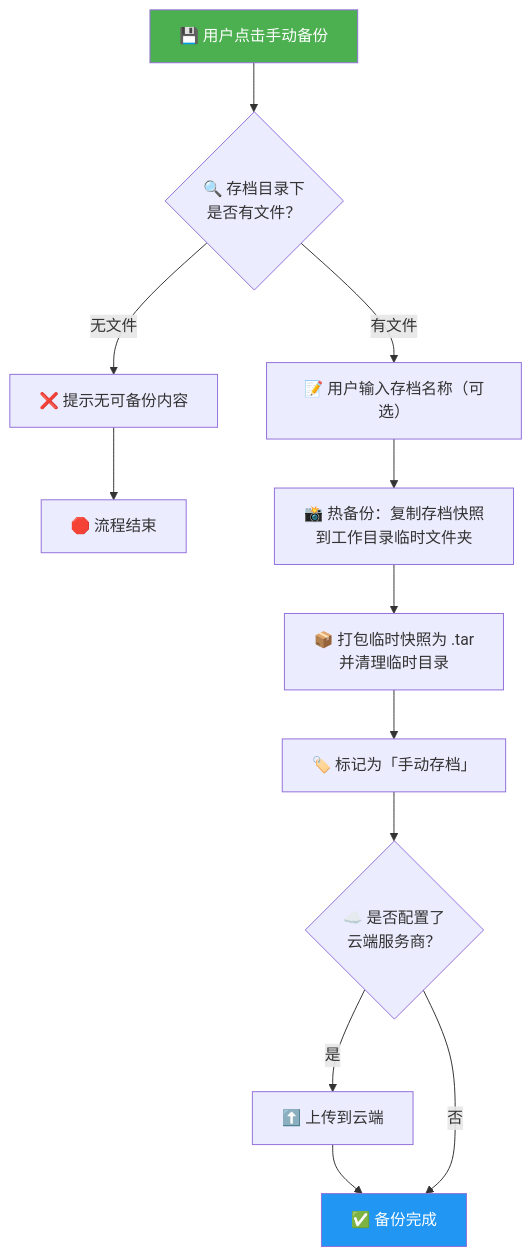
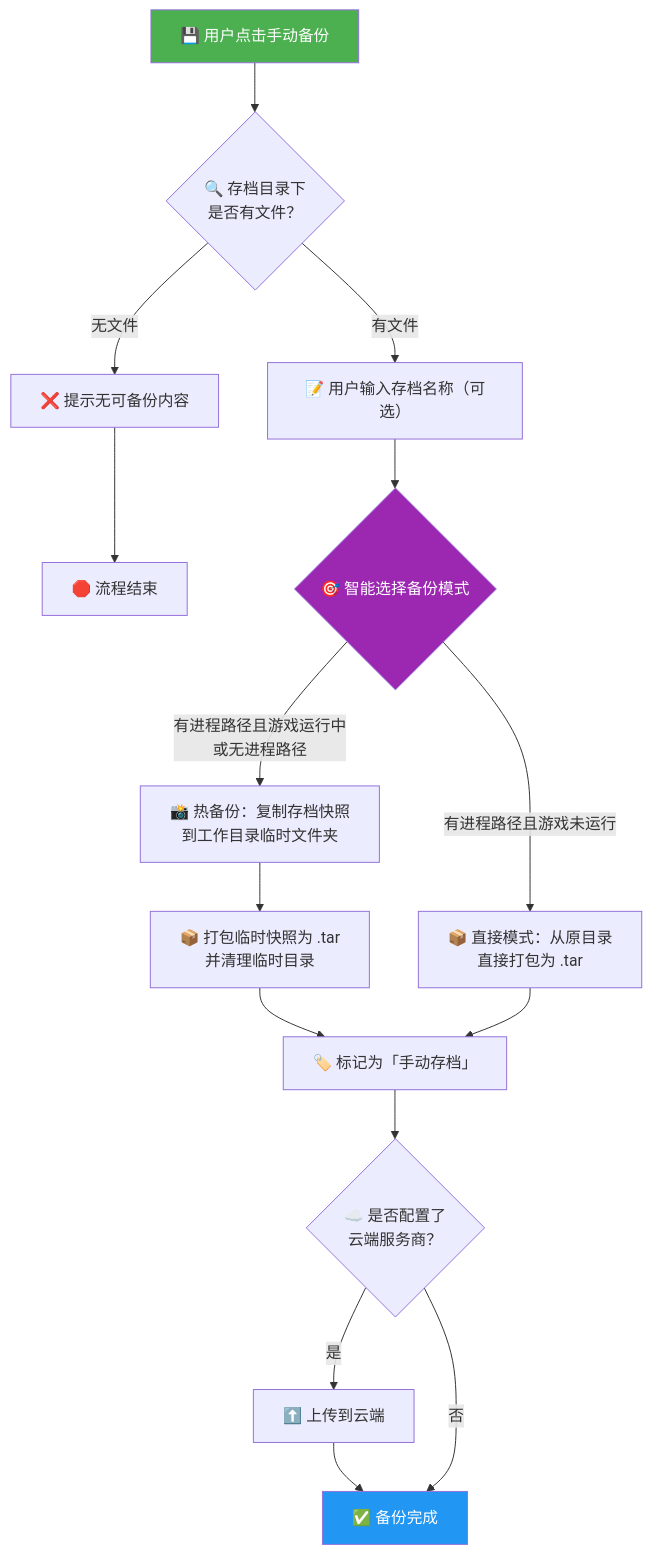
One commit to yxsj245/gamesave changed the seventh of 12 diagrams in docs/开发文档.md. Above: the diagram before and after it, drawn with Mermaid. The commit also changed other lines of this file and 4 other files, not shown here.

````diff
--- a/docs/开发文档.md
+++ b/docs/开发文档.md
@@ -392,17 +393,21 @@
 ```mermaid
 flowchart TD
     A["💾 用户点击手动备份"] --> B{"🔍 存档目录下<br/>是否有文件？"}
     B -- 无文件 --> C["❌ 提示无可备份内容"]
     C --> Z["🛑 流程结束"]
     B -- 有文件 --> D["📝 用户输入存档名称（可选）"]
-    D --> E1["📸 热备份：复制存档快照<br/>到工作目录临时文件夹"]
+    D --> MODE{"🎯 智能选择备份模式"}
+    MODE -- "有进程路径且游戏运行中<br/>或无进程路径" --> E1["📸 热备份：复制存档快照<br/>到工作目录临时文件夹"]
     E1 --> E2["📦 打包临时快照为 .tar<br/>并清理临时目录"]
+    MODE -- "有进程路径且游戏未运行" --> E3["📦 直接模式：从原目录<br/>直接打包为 .tar"]
     E2 --> F["🏷️ 标记为「手动存档」"]
+    E3 --> F
     F --> G{"☁️ 是否配置了<br/>云端服务商？"}
     G -- 是 --> H["⬆️ 上传到云端"]
     H --> I["✅ 备份完成"]
     G -- 否 --> I
 
     style A fill:#4CAF50,color:#fff
     style I fill:#2196F3,color:#fff
+    style MODE fill:#9C27B0,color:#fff
 ```
````
